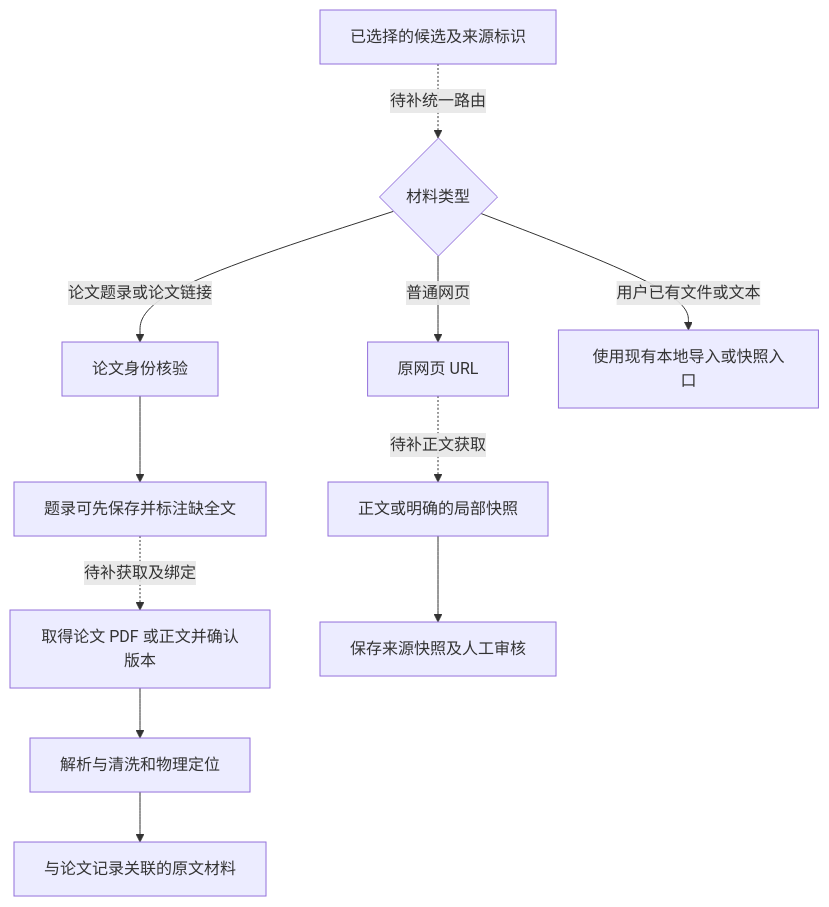
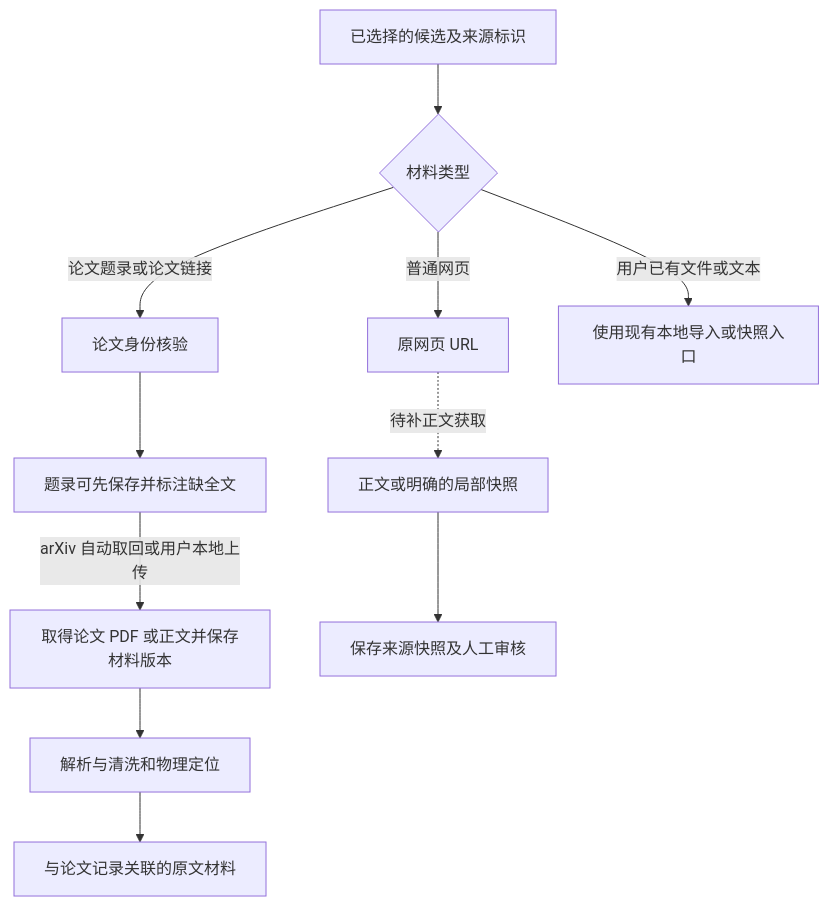
One commit to kingjone0/litprism changed the second of 2 diagrams in docs/modules/02-论文与网页资料入库.md. Above: the diagram before and after it, drawn with Mermaid. The commit also changed other lines of this file and 48 other files, not shown here.

````diff
--- a/docs/modules/02-论文与网页资料入库.md
+++ b/docs/modules/02-论文与网页资料入库.md
@@ -35,13 +35,13 @@
 ```mermaid
 flowchart TD
-    C[已选择的候选及来源标识] -. 待补统一路由 .-> TYPE{材料类型}
+    C[已选择的候选及来源标识] --> TYPE{材料类型}
     TYPE -->|论文题录或论文链接| META[论文身份核验]
     META --> BIB[题录可先保存并标注缺全文]
-    BIB -. 待补获取及绑定 .-> PDF[取得论文 PDF 或正文并确认版本]
+    BIB -->|arXiv 自动取回或用户本地上传| PDF[取得论文 PDF 或正文并保存材料版本]
     PDF --> PARSE[解析与清洗和物理定位]
     PARSE --> MATERIAL[与论文记录关联的原文材料]
     TYPE -->|普通网页| URL[原网页 URL]
     URL -. 待补正文获取 .-> TEXT[正文或明确的局部快照]
     TEXT --> REVIEW[保存来源快照及人工审核]
     TYPE -->|用户已有文件或文本| MANUAL[使用现有本地导入或快照入口]
 ```
````
